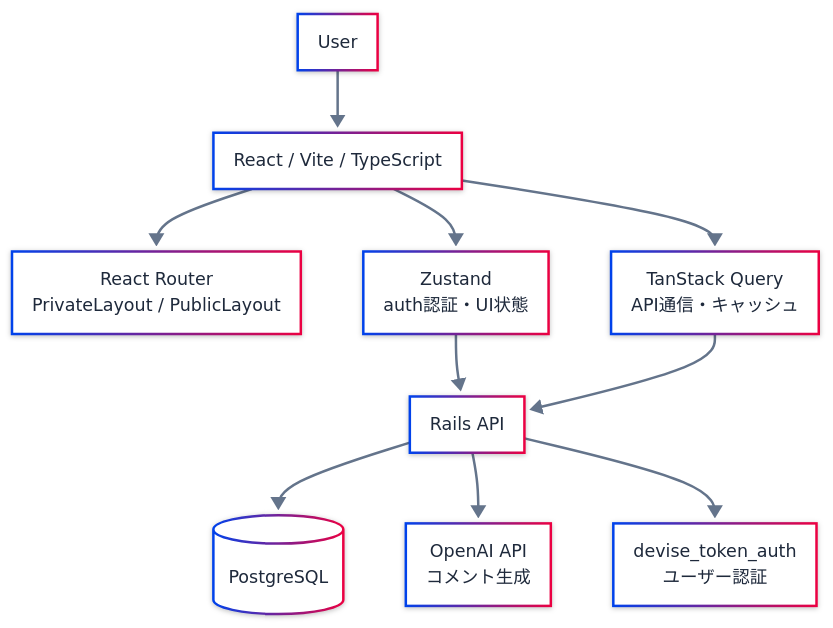
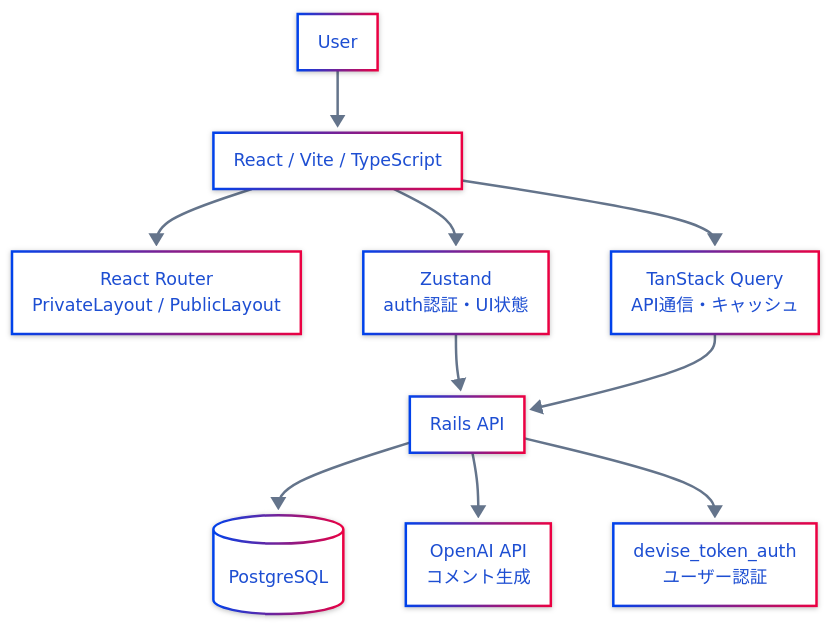
Before and after one commit to yuji-2293/ColorMirror_Re: the first of 2 diagrams in README.md, drawn with Mermaid.

````diff
--- a/README.md
+++ b/README.md
@@ -10,43 +10,43 @@
 ```mermaid
 ---
 config:
 
   theme: neo
 
   look: neo
 
   layout: fixed
 
   themeVariables:
 
     primaryColor: "#2563eb"
 
-    primaryTextColor: "#1e293b"
+    primaryTextColor: "#1d4ed2"
 
     primaryBorderColor: "#1d4ed8"
 
     lineColor: "#64748b"
 
     secondaryColor: "#f8fafc"
 
     tertiaryColor: "#e2e8f0"
 
     fontFamily: "Inter"   
 ---
 flowchart TB
     User["User"] --> React["React / Vite / TypeScript"]
 
     React --> Router["React Router<br> PrivateLayout / PublicLayout"]
     React --> Zustand["Zustand<br>auth認証・UI状態"]
     React --> Query["TanStack Query<br>API通信・キャッシュ"]
     
     Rails["Rails API"]
 
     Zustand --> Rails["Rails API"]
     Query --> Rails["Rails API"]
     
     Rails --> DB[("PostgreSQL")]
     Rails --> AI["OpenAI API<br>コメント生成"] 
     Rails --> Auth["devise_token_auth<br>ユーザー認証"]
     
 ```
````
